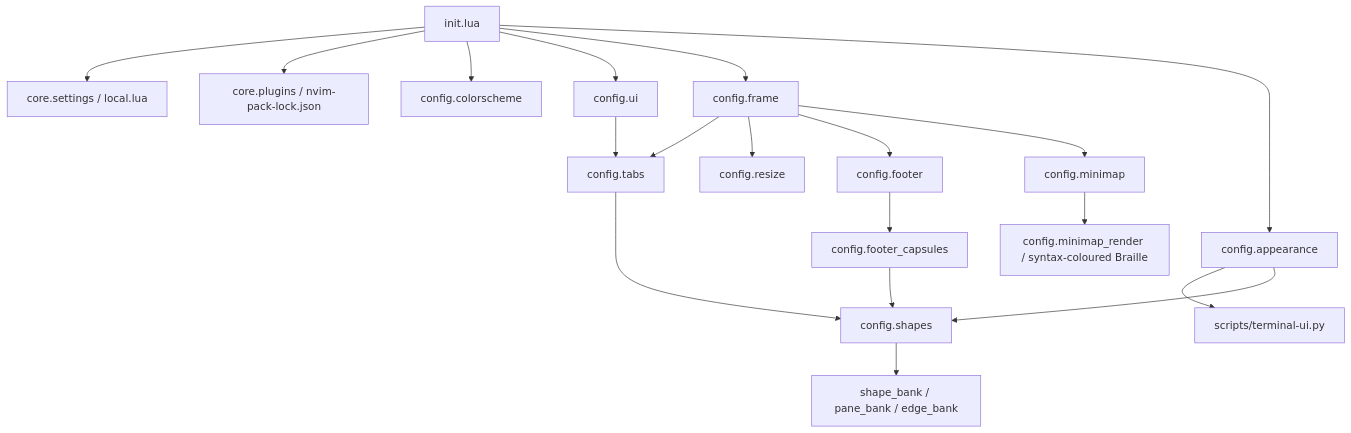
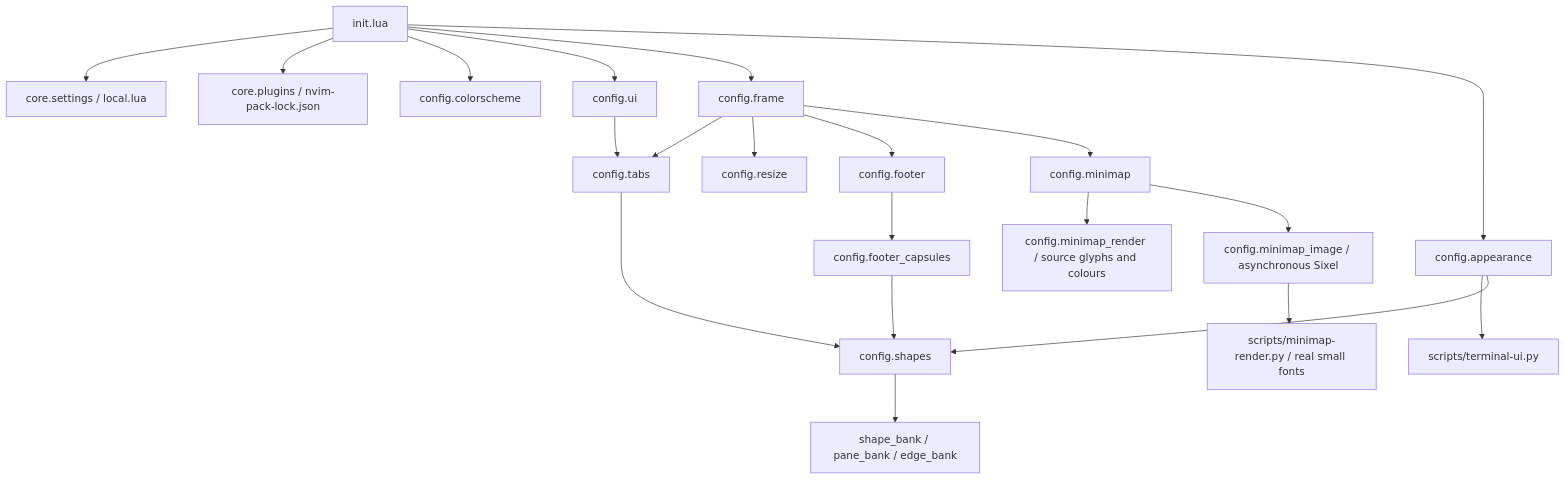
The diagram in docs/CONFIGURATION.md (faneikuangtu12138/neovim-workbench), drawn with Mermaid before and after one commit. The commit also changed other lines of this file and 13 other files, not shown here.

Commit message:
Render minimap with real small fonts and selection shadows

````diff
--- a/docs/CONFIGURATION.md
+++ b/docs/CONFIGURATION.md
@@ -28,21 +28,23 @@
 ```mermaid
 flowchart TD
   Init[init.lua] --> Settings[core.settings / local.lua]
   Init --> Plugins[core.plugins / nvim-pack-lock.json]
   Init --> Theme[config.colorscheme]
   Init --> UI[config.ui]
   UI --> Tabs[config.tabs]
   Tabs --> Shapes[config.shapes]
   Shapes --> Banks[shape_bank / pane_bank / edge_bank]
   Init --> Frame[config.frame]
   Frame --> Tabs
   Frame --> Resize[config.resize]
   Frame --> Footer[config.footer]
   Frame --> Minimap[config.minimap]
-  Minimap --> Encoder[config.minimap_render / syntax-coloured Braille]
+  Minimap --> Glyphs[config.minimap_render / source glyphs and colours]
+  Minimap --> Image[config.minimap_image / asynchronous Sixel]
+  Image --> Pixels[scripts/minimap-render.py / real small fonts]
   Footer --> Capsules[config.footer_capsules]
   Capsules --> Shapes
   Init --> Appearance[config.appearance]
   Appearance --> Backend[scripts/terminal-ui.py]
   Appearance --> Shapes
 ```
````
